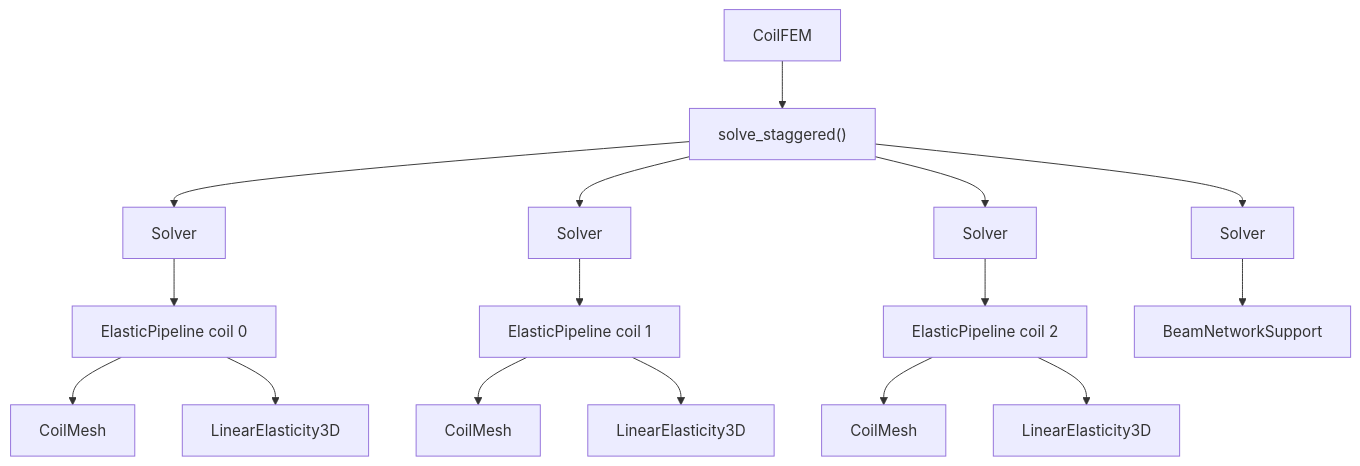
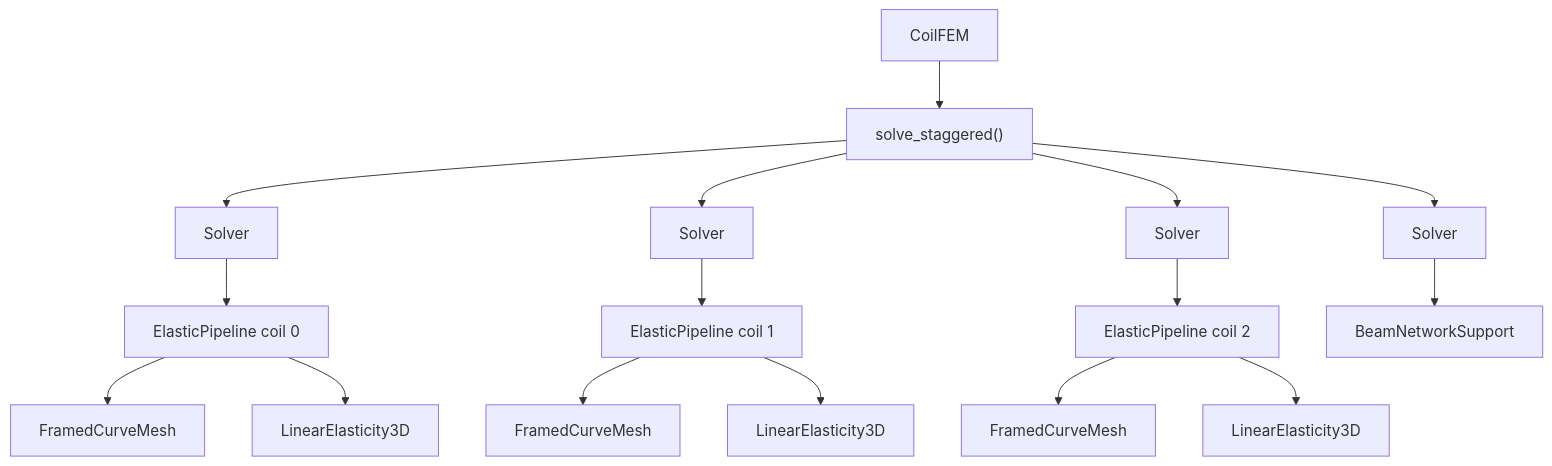
Before and after one commit to lankef/coil-fem: the second of 2 diagrams in notes/THERMO_SUPPORT_ARCHITECTURE.md, drawn with Mermaid. The commit also changed other lines of this file and 23 other files, not shown here.

Commit message:
Preparing to add central support ring. Renaming CoilMesh into FramedCurveMesh. Adding CurveRZFourier support

````diff
--- a/notes/THERMO_SUPPORT_ARCHITECTURE.md
+++ b/notes/THERMO_SUPPORT_ARCHITECTURE.md
@@ -564,14 +564,14 @@
 ```mermaid
 flowchart TD
     CoilFEM --> Driver["solve_staggered()"]
     Driver --> S1["Solver"] --> P1[ElasticPipeline coil 0]
     Driver --> S2["Solver"] --> P2[ElasticPipeline coil 1]
     Driver --> S3["Solver"] --> P3[ElasticPipeline coil 2]
     Driver --> S4["Solver"] --> BN[BeamNetworkSupport]
-    P1 --> M1[CoilMesh]
+    P1 --> M1[FramedCurveMesh]
     P1 --> L1[LinearElasticity3D]
-    P2 --> M2[CoilMesh]
+    P2 --> M2[FramedCurveMesh]
     P2 --> L2[LinearElasticity3D]
-    P3 --> M3[CoilMesh]
+    P3 --> M3[FramedCurveMesh]
     P3 --> L3[LinearElasticity3D]
 ```
````
